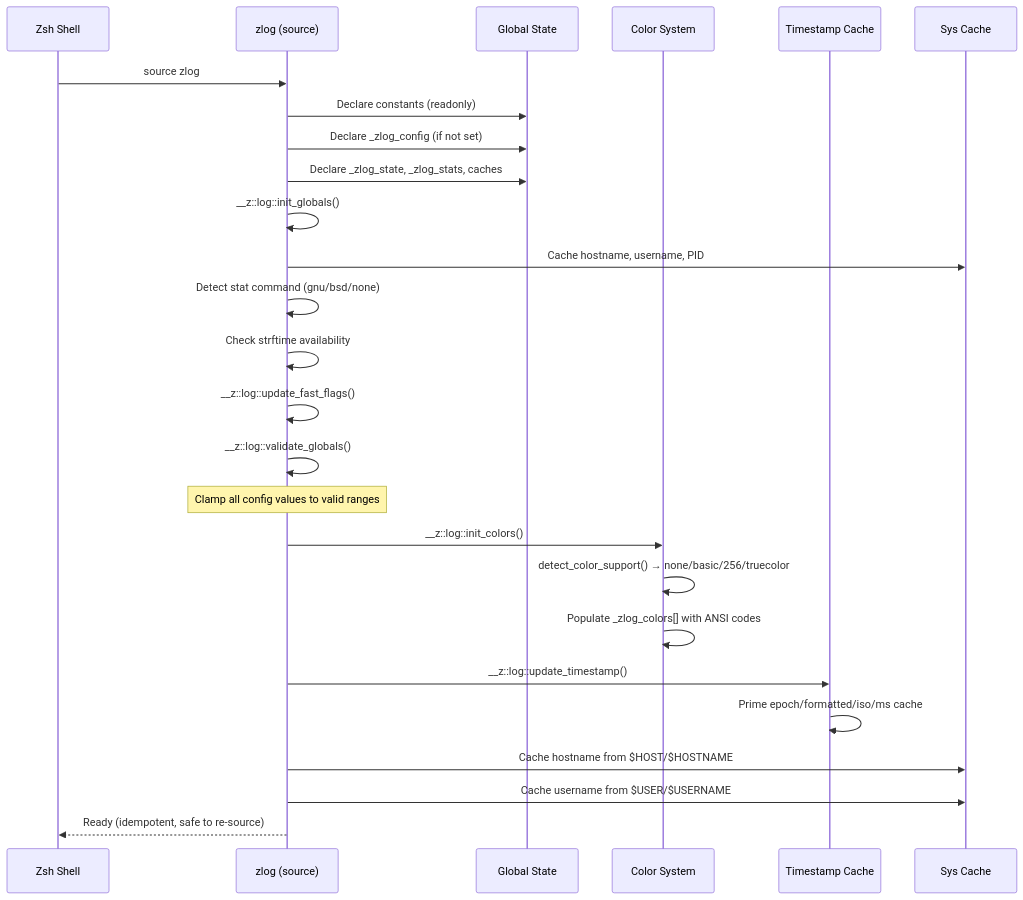
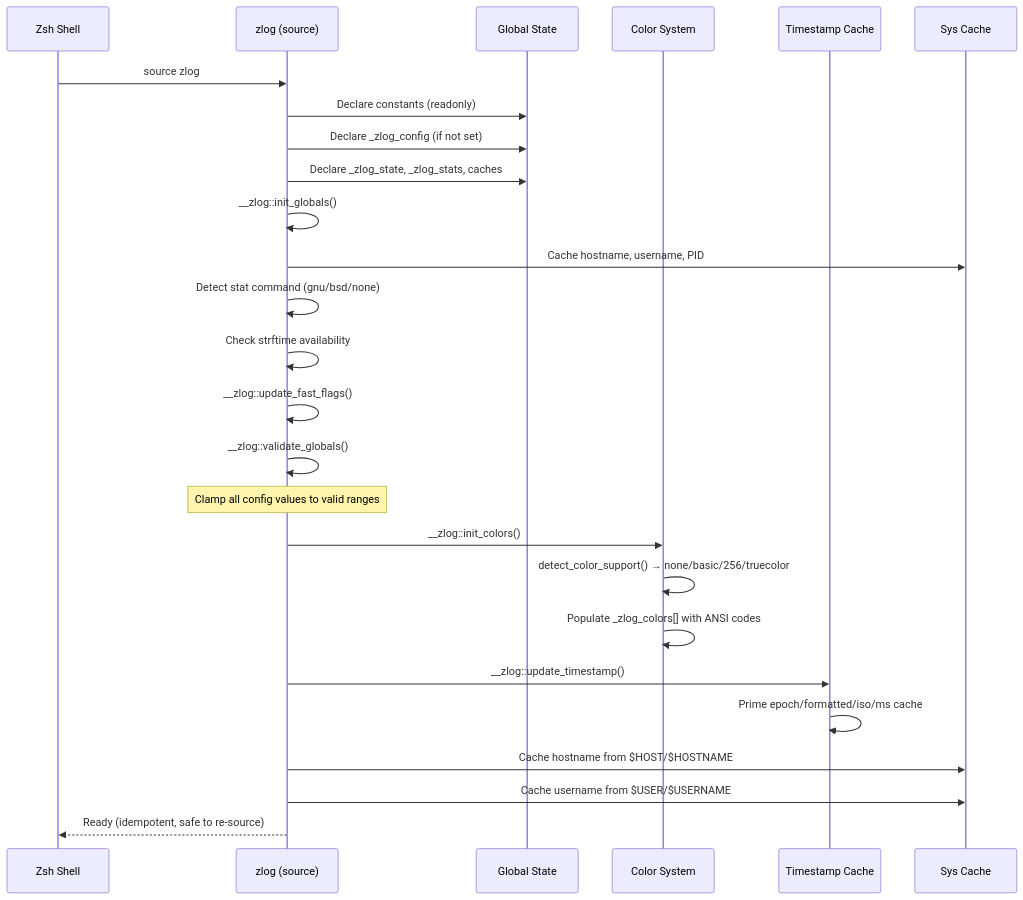
The fourth of 20 diagrams in docs/architecture.md (Khodaparastan/zsh-log), drawn with Mermaid before and after one commit. The commit also changed other lines of this file and 14 other files, not shown here.

First line of the commit message:
update function prefixes from z::log:: to zlog:: in documentation and examples

````diff
--- a/docs/architecture.md
+++ b/docs/architecture.md
@@ -228,29 +228,29 @@
 ```mermaid
 sequenceDiagram
     participant Shell as Zsh Shell
     participant File as zlog (source)
     participant Globals as Global State
     participant Colors as Color System
     participant TS as Timestamp Cache
     participant Sys as Sys Cache
 
     Shell->>File: source zlog
     File->>Globals: Declare constants (readonly)
     File->>Globals: Declare _zlog_config (if not set)
     File->>Globals: Declare _zlog_state, _zlog_stats, caches
-    File->>File: __z::log::init_globals()
+    File->>File: __zlog::init_globals()
     File->>Sys: Cache hostname, username, PID
     File->>File: Detect stat command (gnu/bsd/none)
     File->>File: Check strftime availability
-    File->>File: __z::log::update_fast_flags()
-    File->>File: __z::log::validate_globals()
+    File->>File: __zlog::update_fast_flags()
+    File->>File: __zlog::validate_globals()
     Note over File: Clamp all config values to valid ranges
-    File->>Colors: __z::log::init_colors()
+    File->>Colors: __zlog::init_colors()
     Colors->>Colors: detect_color_support() → none/basic/256/truecolor
     Colors->>Colors: Populate _zlog_colors[] with ANSI codes
-    File->>TS: __z::log::update_timestamp()
+    File->>TS: __zlog::update_timestamp()
     TS->>TS: Prime epoch/formatted/iso/ms cache
     File->>Sys: Cache hostname from $HOST/$HOSTNAME
     File->>Sys: Cache username from $USER/$USERNAME
     File-->>Shell: Ready (idempotent, safe to re-source)
 ```
````
